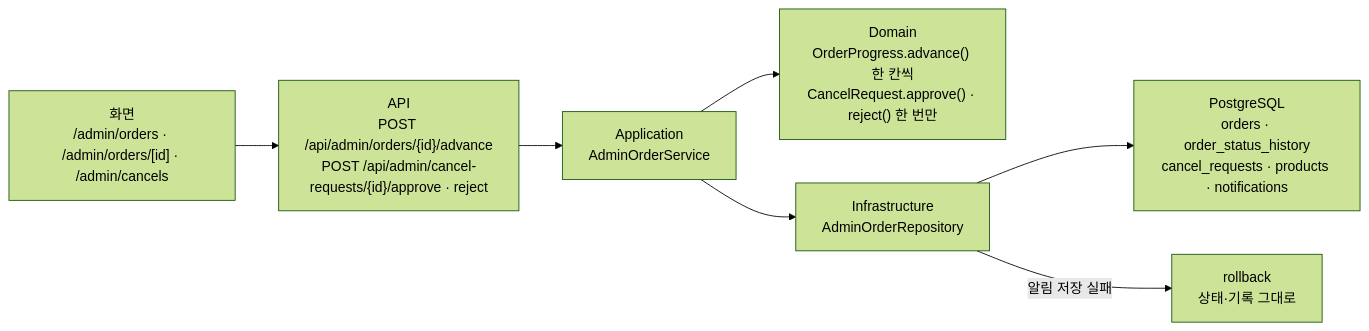
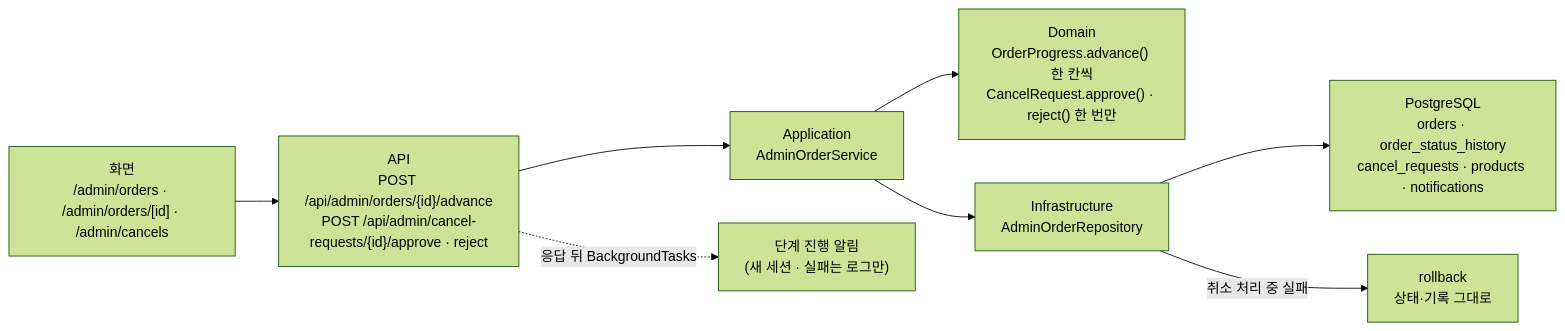
One commit to KANT-2/pixel-mart-v2 changed the fourth of 6 diagrams in README.md. Above: the diagram before and after it, drawn with Mermaid (forest theme). The commit also changed other lines of this file and 1 other file, not shown here.

Commit message:
docs(readme): 도전 실습 A·B·C 정리, 단계 진행 알림은 응답 뒤 BackgroundTasks로

````diff
--- a/README.md
+++ b/README.md
@@ -356,9 +359,10 @@
 ```mermaid
 flowchart LR
   screen["화면<br/>/admin/orders · /admin/orders/[id] · /admin/cancels"] --> api["API<br/>POST /api/admin/orders/{id}/advance<br/>POST /api/admin/cancel-requests/{id}/approve · reject"]
   api --> service["Application<br/>AdminOrderService"]
   service --> domain["Domain<br/>OrderProgress.advance() 한 칸씩<br/>CancelRequest.approve() · reject() 한 번만"]
   service --> repo["Infrastructure<br/>AdminOrderRepository"]
   repo --> db["PostgreSQL<br/>orders · order_status_history<br/>cancel_requests · products · notifications"]
-  repo -->|"알림 저장 실패"| rollback["rollback<br/>상태·기록 그대로"]
+  repo -->|"취소 처리 중 실패"| rollback["rollback<br/>상태·기록 그대로"]
+  api -.->|"응답 뒤 BackgroundTasks"| notice["단계 진행 알림<br/>(새 세션 · 실패는 로그만)"]
 ```
````
